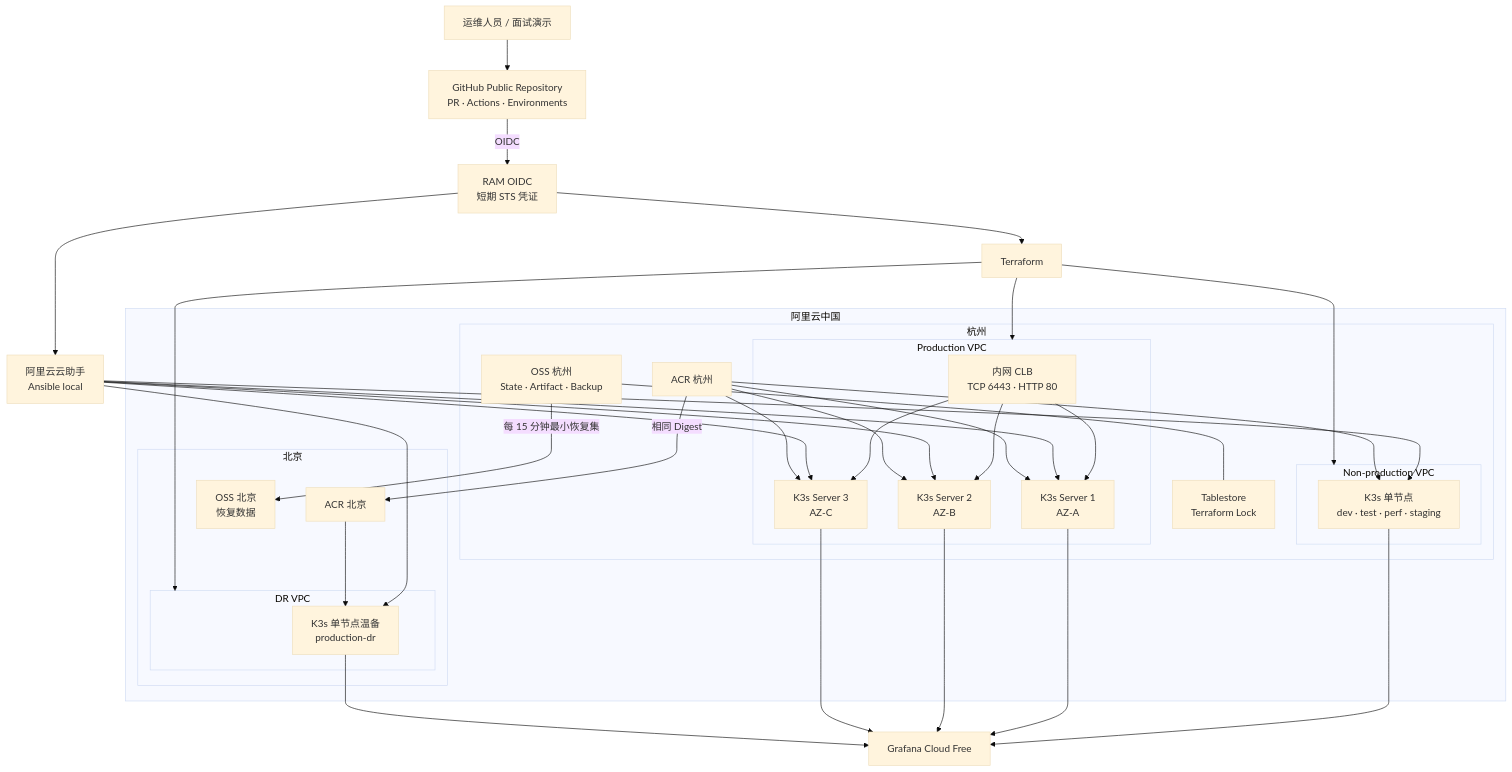
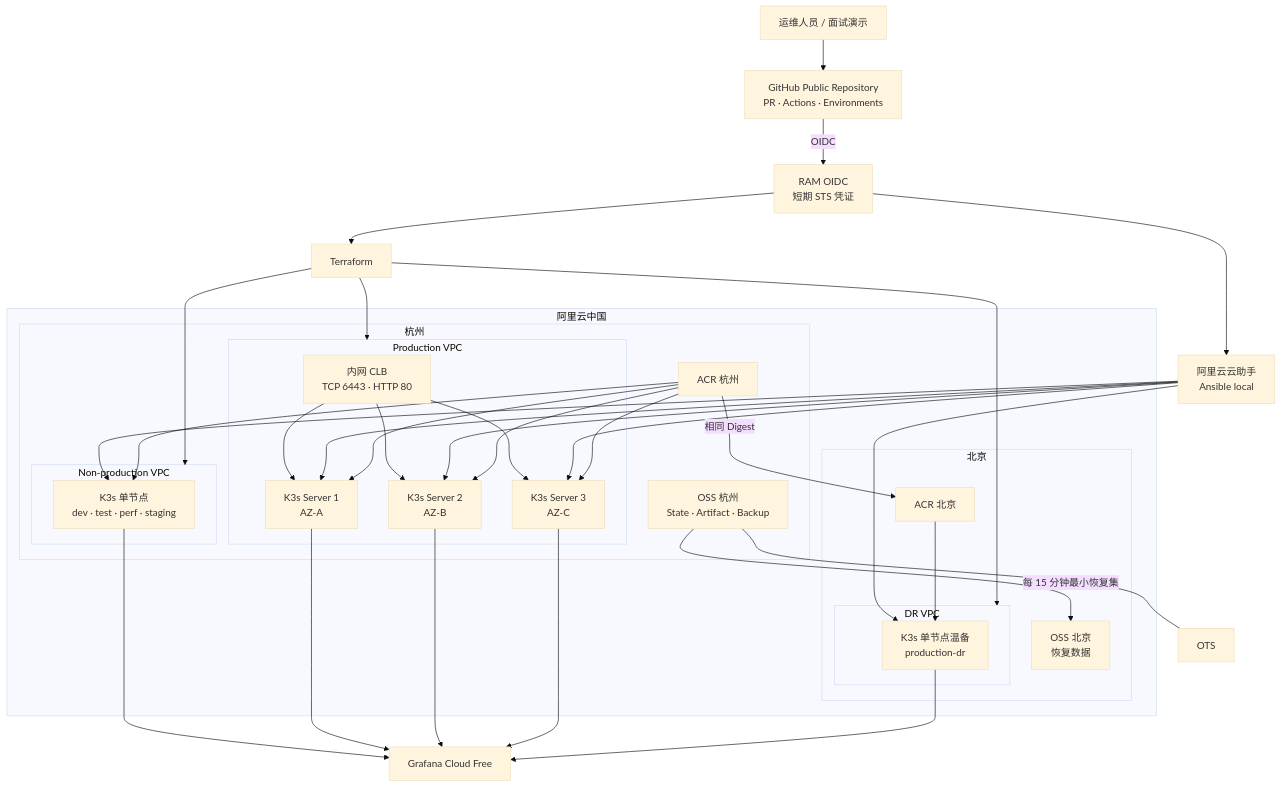
One commit to xxseehome/distributed-trading-platform changed the first of 4 diagrams in docs/PLAN - General.md. Above: the diagram before and after it, drawn with Mermaid (base theme). The commit also changed other lines of this file, not shown here.

Commit message:
refactor(terraform): use OSS state with Actions concurrency

````diff
--- a/docs/PLAN - General.md
+++ b/docs/PLAN - General.md
@@ -23,68 +23,67 @@
 ```mermaid
 flowchart TB
     USER["运维人员 / 面试演示"]
     GH["GitHub Public Repository<br/>PR · Actions · Environments"]
     RAM["RAM OIDC<br/>短期 STS 凭证"]
     TF["Terraform"]
     CA["阿里云云助手<br/>Ansible local"]
     GRAFANA["Grafana Cloud Free"]
 
     USER --> GH
     GH -->|"OIDC"| RAM
     RAM --> TF
     RAM --> CA
 
     subgraph ALIYUN["阿里云中国"]
         subgraph HZ["杭州"]
             subgraph NPVPC["Non-production VPC"]
                 NP["K3s 单节点<br/>dev · test · perf · staging"]
             end
 
             subgraph PRODVPC["Production VPC"]
                 CLB["内网 CLB<br/>TCP 6443 · HTTP 80"]
                 P1["K3s Server 1<br/>AZ-A"]
                 P2["K3s Server 2<br/>AZ-B"]
                 P3["K3s Server 3<br/>AZ-C"]
                 CLB --> P1
                 CLB --> P2
                 CLB --> P3
             end
 
             ACRHZ["ACR 杭州"]
             OSSHZ["OSS 杭州<br/>State · Artifact · Backup"]
-            OTS["Tablestore<br/>Terraform Lock"]
         end
 
         subgraph BJ["北京"]
             subgraph DRVPC["DR VPC"]
                 DR["K3s 单节点温备<br/>production-dr"]
             end
             ACRBJ["ACR 北京"]
             OSSBJ["OSS 北京<br/>恢复数据"]
         end
     end
 
     TF --> NPVPC
     TF --> PRODVPC
     TF --> DRVPC
     CA --> NP
     CA --> P1
     CA --> P2
     CA --> P3
     CA --> DR
 
     ACRHZ --> NP
     ACRHZ --> P1
     ACRHZ --> P2
     ACRHZ --> P3
     ACRHZ -->|"相同 Digest"| ACRBJ
     ACRBJ --> DR
 
     OSSHZ -->|"每 15 分钟最小恢复集"| OSSBJ
     OSSHZ --- OTS
     NP --> GRAFANA
     P1 --> GRAFANA
     P2 --> GRAFANA
     P3 --> GRAFANA
     DR --> GRAFANA
 ```
````
